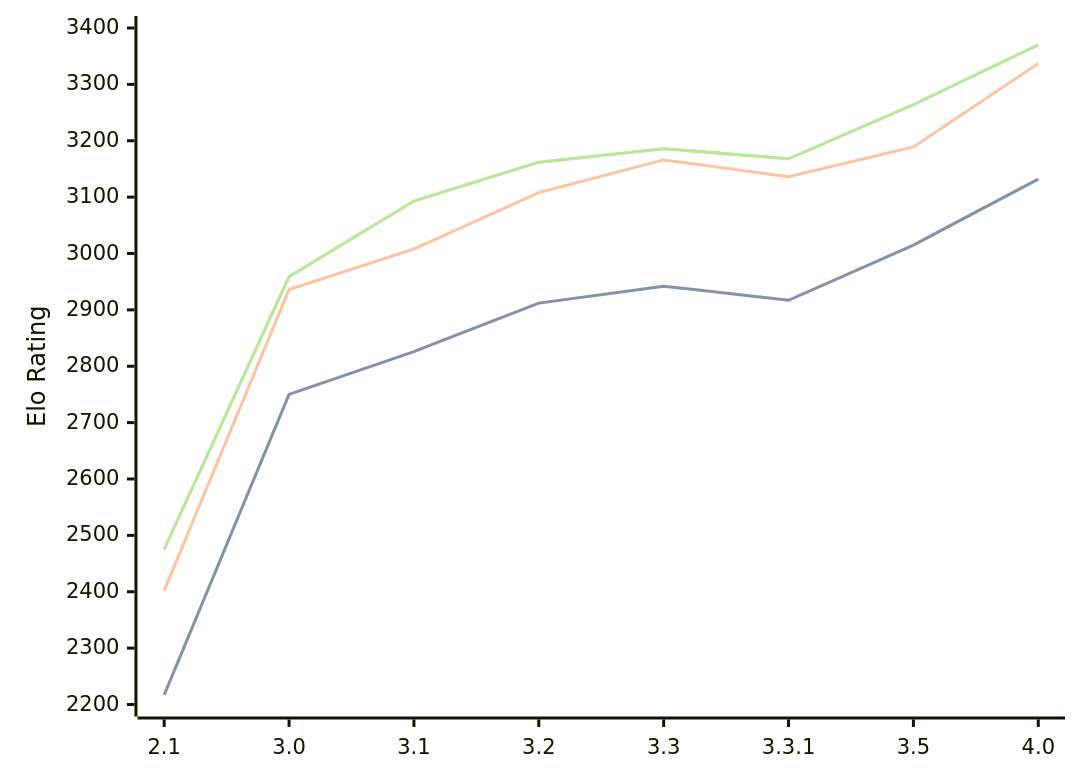
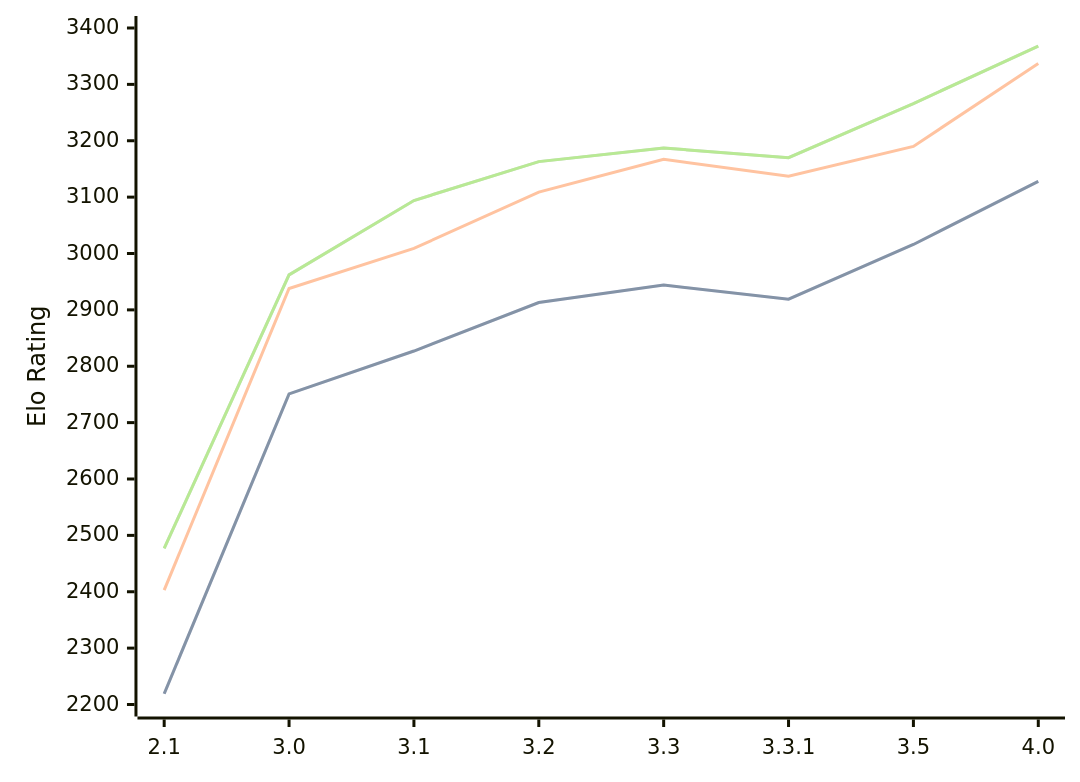
The diagram in engines/Petrel.md (computer-chess-index/cci), drawn with Mermaid before and after one commit. The commit also changed other lines of this file, not shown here.

Commit message:
Update CCI Ratings (ELO VLTC) - 2026-08-22

````diff
--- a/engines/Petrel.md
+++ b/engines/Petrel.md
@@ -38,11 +38,11 @@
 ```mermaid
 %%{init: {"theme":"base","themeVariables":{"seriesColors:['#a3a3a3','#222221','#faa371']}}}%%
 xychart-beta
   x-axis ["2.1", "3.0", "3.1", "3.2", "3.3", "3.3.1", "3.5", "4.0"]
   y-axis "Elo Rating" 2200 --> 3400
-  line "STC (8.0+0.08s)" [2217, 2750, 2826, 2912, 2942, 2917, 3015, 3132]
-  line "STC (8.0+0.08s)" [2217, 2750, 2826, 2912, 2942, 2917, 3015, 3132]
-  line "LTC (60.0+0.60s)" [2402, 2936, 3008, 3108, 3166, 3136, 3189, 3337]
-  line "VLTC (2m24s+1.12s)" [2475, 2959, 3093, 3162, 3186, 3168, 3264, 3370]
-  line "VLTC (2m24s+1.12s)" [2475, 2959, 3093, 3162, 3186, 3168, 3264, 3370]
+  line "STC (8.0+0.08s)" [2219, 2751, 2827, 2913, 2944, 2919, 3016, 3128]
+  line "STC (8.0+0.08s)" [2219, 2751, 2827, 2913, 2944, 2919, 3016, 3128]
+  line "LTC (60.0+0.60s)" [2403, 2938, 3009, 3109, 3167, 3137, 3190, 3337]
+  line "VLTC (2m24s+1.12s)" [2477, 2962, 3094, 3163, 3187, 3170, 3266, 3368]
+  line "VLTC (2m24s+1.12s)" [2477, 2962, 3094, 3163, 3187, 3170, 3266, 3368]
 ```
````
